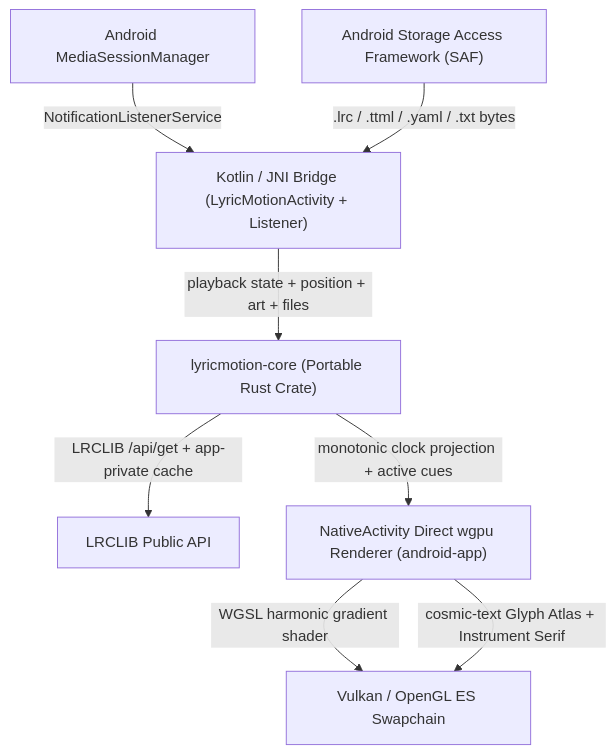
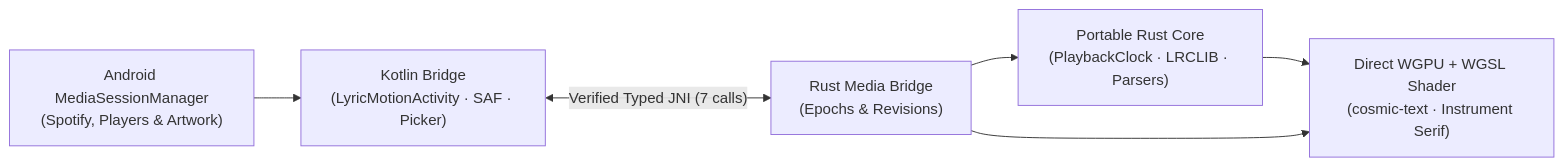
Before and after one commit to Demmonics/Eonara-Android: the diagram in README.md, drawn with Mermaid. The commit also changed other lines of this file and 44 other files, not shown here.

First line of the commit message:
feat(brand): release Eonara for Android (The Art of Sound)

````diff
--- a/README.md
+++ b/README.md
@@ -51,12 +27,8 @@
 ```mermaid
-flowchart TB
-  Media["Android MediaSessionManager"] -->|"NotificationListenerService"| Kotlin["Kotlin / JNI Bridge (LyricMotionActivity + Listener)"]
-  SAF["Android Storage Access Framework (SAF)"] -->|".lrc / .ttml / .yaml / .txt bytes"| Kotlin
-
-  Kotlin -->|"playback state + position + art + files"| Core["lyricmotion-core (Portable Rust Crate)"]
-  Core -->|"LRCLIB /api/get + app-private cache"| LRCLIB["LRCLIB Public API"]
-  Core -->|"monotonic clock projection + active cues"| Renderer["NativeActivity Direct wgpu Renderer (android-app)"]
-
-  Renderer -->|"WGSL harmonic gradient shader"| GPU["Vulkan / OpenGL ES Swapchain"]
-  Renderer -->|"cosmic-text Glyph Atlas + Instrument Serif"| GPU
+flowchart LR
+  MediaSession["Android MediaSessionManager<br/>(Spotify, Players & Artwork)"] --> Kotlin["Kotlin Bridge<br/>(LyricMotionActivity · SAF · Picker)"]
+  Kotlin <-->|"Verified Typed JNI (7 calls)"| Bridge["Rust Media Bridge<br/>(Epochs & Revisions)"]
+  Bridge --> Core["Portable Rust Core<br/>(PlaybackClock · LRCLIB · Parsers)"]
+  Core --> Stage["Direct WGPU + WGSL Shader<br/>(cosmic-text · Instrument Serif)"]
+  Bridge --> Stage
 ```
````
